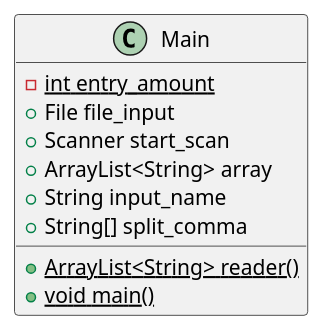
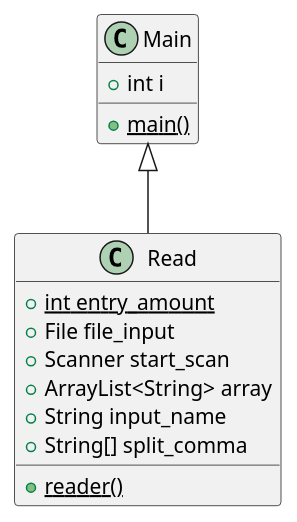
One commit to salamander5777/Gilday-cop3330-assignment3 changed the diagram in src/main/java/ex42/ex42Diagram.puml. Above: the diagram before and after it, drawn with PlantUML. The commit also changed 19 other files, not shown here.

```diff
--- a/src/main/java/ex42/ex42Diagram.puml
+++ b/src/main/java/ex42/ex42Diagram.puml
@@ -1,17 +1,24 @@
 @startuml
 'https://plantuml.com/class-diagram
 
 class Main
+class Read
 
-class Main {
-    {static} -int entry_amount
+Main <|-- Read
+
+class Read {
+    {static} +int entry_amount
     +File file_input
     +Scanner start_scan
     +ArrayList<String> array
     +String input_name
     +String[] split_comma
-    {static} +ArrayList<String> reader()
-    {static} +void main()
+    {static} +reader()
+}
+
+class Main {
+    +int i
+    {static} +main()
 }
 
 @enduml
```
